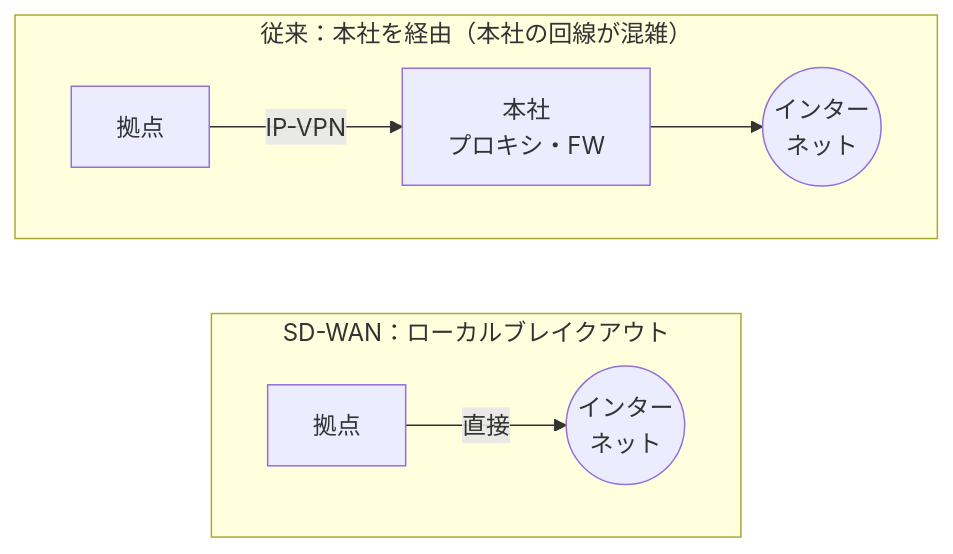
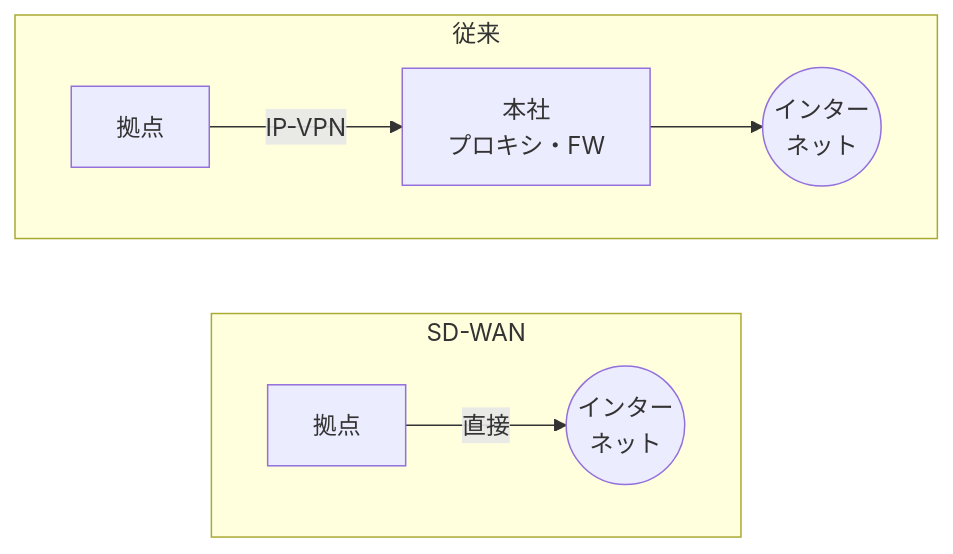
One commit to nnnaanaa/document changed the diagram in network/wan-vpn/sd-wan.md. Above: the diagram before and after it, drawn with Mermaid. The commit also changed other lines of this file and 2 other files, not shown here.

Commit message:
mermaidの図の見た目を調整
- IPv6: アドレスの構成を64bitずつ2段にして文字のはみ出しを解消
- BGP: LOCAL_PREFの図で線が「自社」のラベルに重ならない配置に
- SD-WAN: ローカルブレイクアウトの図の見出しを短くし、説明を図の下へ

````diff
--- a/network/wan-vpn/sd-wan.md
+++ b/network/wan-vpn/sd-wan.md
@@ -79,12 +79,12 @@
 ```mermaid
 flowchart TB
-  subgraph OLD["従来：本社を経由（本社の回線が混雑）"]
+  subgraph OLD["従来"]
     direction LR
     K1["拠点"] -- "IP-VPN" --> H["本社<br>プロキシ・FW"] --> I1(("インター<br>ネット"))
   end
-  subgraph NEW["SD-WAN：ローカルブレイクアウト"]
+  subgraph NEW["SD-WAN"]
     direction LR
     K2["拠点"] -- "直接" --> I2(("インター<br>ネット"))
   end
   OLD ~~~ NEW
 ```
````
